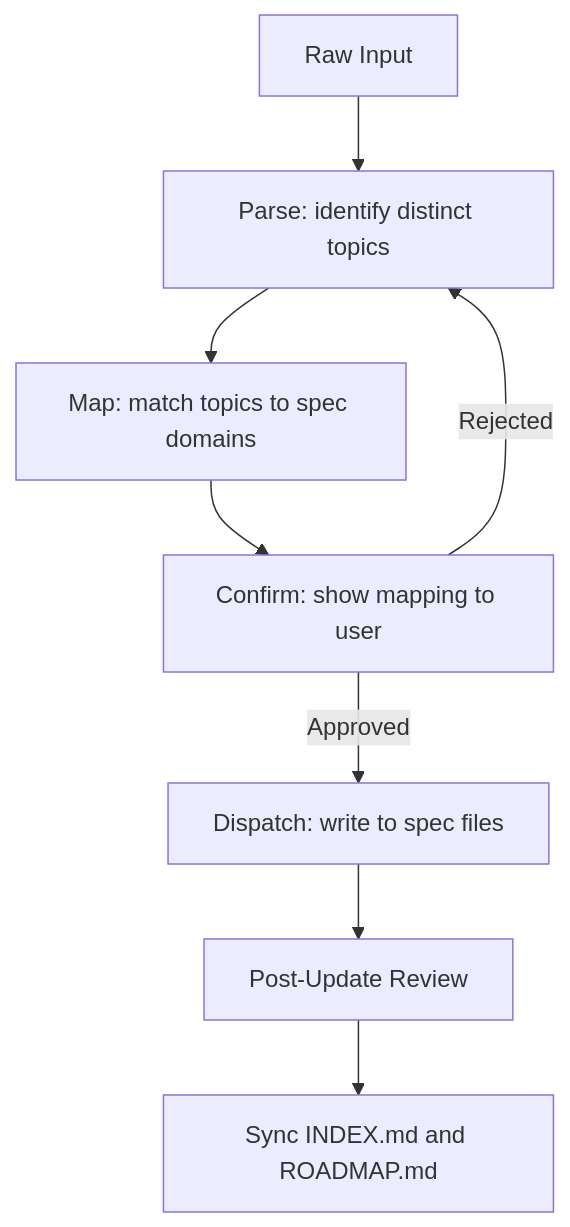
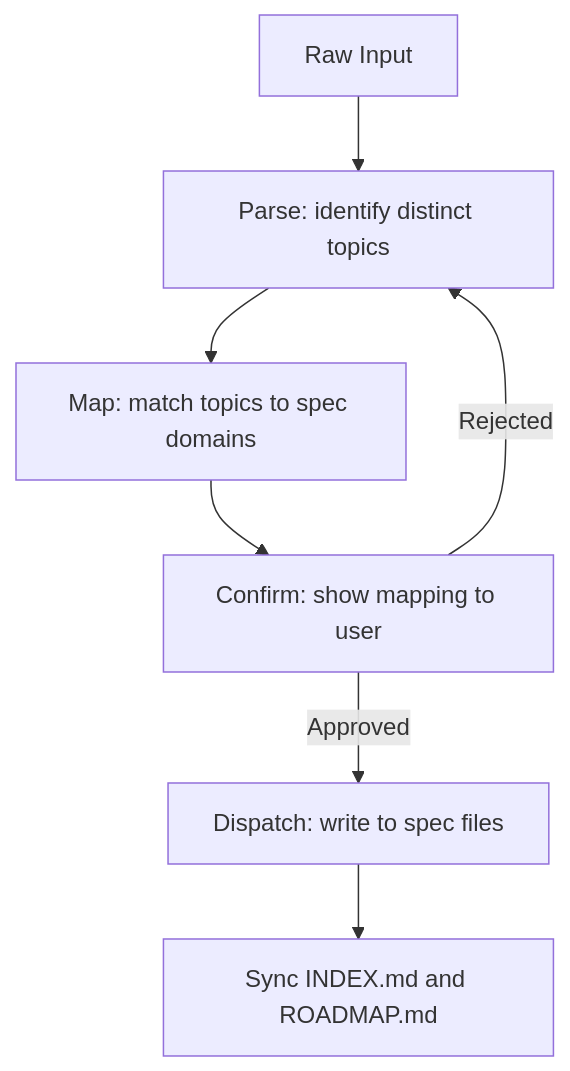
The second of 3 diagrams in .agent/workflows/specification.md (teratron/bevy-launchpad), drawn with Mermaid before and after one commit. The commit also changed other lines of this file, not shown here.

Commit message:
docs(specs): update workflow and roadmap documentation

````diff
--- a/.agent/workflows/specification.md
+++ b/.agent/workflows/specification.md
@@ -58,10 +58,9 @@
 ```mermaid
 graph TD
     A[Raw Input] --> B[Parse: identify distinct topics]
     B --> C[Map: match topics to spec domains]
     C --> D[Confirm: show mapping to user]
     D -->|Approved| E[Dispatch: write to spec files]
     D -->|Rejected| B
-    E --> F[Post-Update Review]
-    F --> G[Sync INDEX.md and ROADMAP.md]
+    E --> F[Sync INDEX.md and ROADMAP.md]
 ```
````
